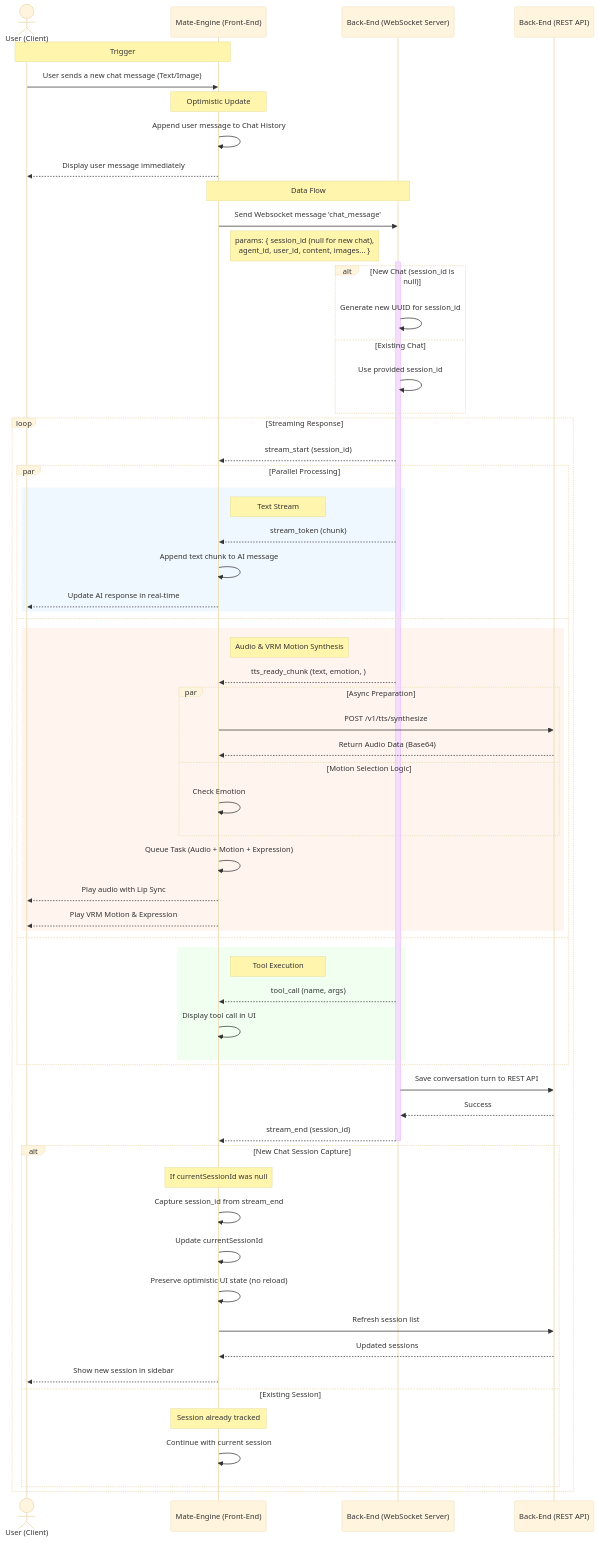
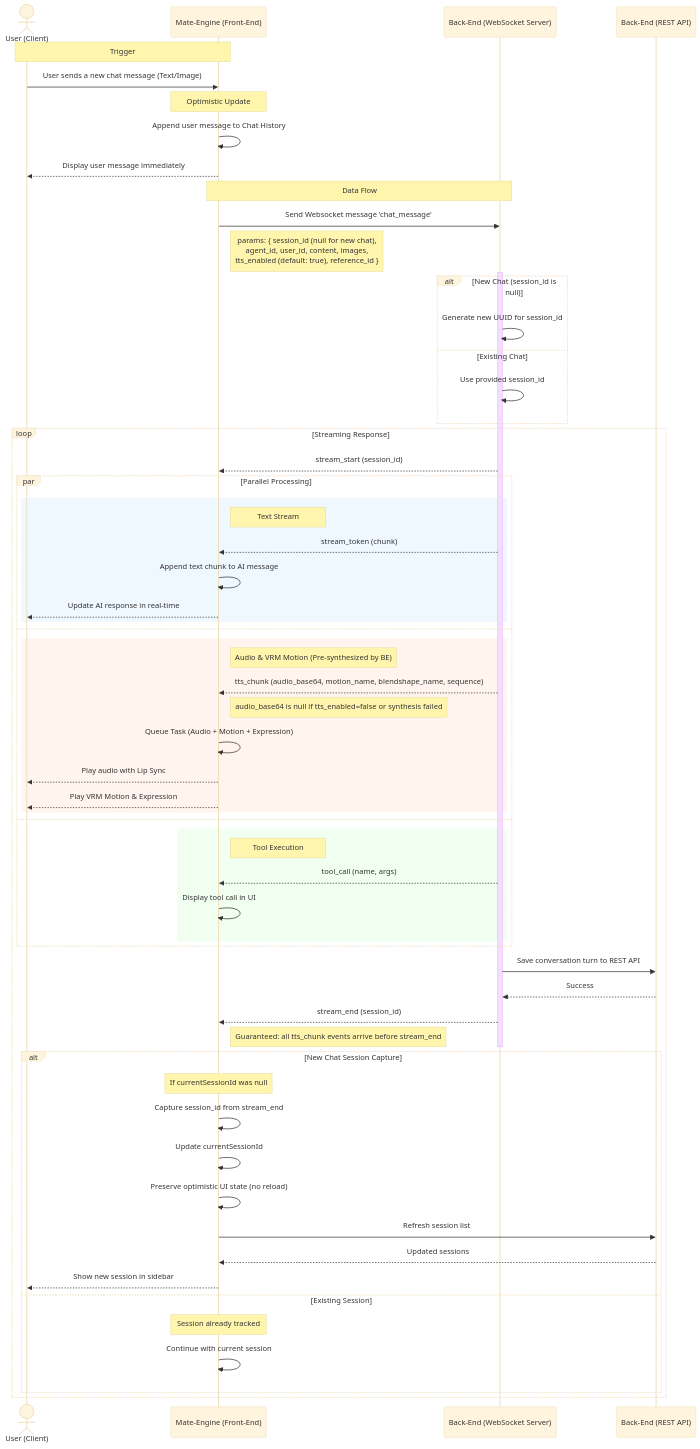
The diagram in docs/data_flow/chat/ADD_CHAT_MESSAGE.md (yw0nam/DesktopMatePlus), drawn with Mermaid (base theme) before and after one commit. The commit also changed other lines of this file, not shown here.

First line of the commit message:
docs: update ADD_CHAT_MESSAGE data flow for TTS refactor

````diff
--- a/docs/data_flow/chat/ADD_CHAT_MESSAGE.md
+++ b/docs/data_flow/chat/ADD_CHAT_MESSAGE.md
@@ -18,79 +20,73 @@
 ```mermaid
 sequenceDiagram
     actor User as User (Client)
     participant FE as Mate-Engine (Front-End)
     participant BE as Back-End (WebSocket Server)
     participant API as Back-End (REST API)
 
     Note over User, FE: Trigger
     User->>FE: User sends a new chat message (Text/Image)
 
     Note over FE: Optimistic Update
     FE->>FE: Append user message to Chat History
     FE-->>User: Display user message immediately
 
     Note over FE, BE: Data Flow
     FE->>BE: Send Websocket message 'chat_message'
-    Note right of FE: params: { session_id (null for new chat),<br/>agent_id, user_id, content, images... }
+    Note right of FE: params: { session_id (null for new chat),<br/>agent_id, user_id, content, images,<br/>tts_enabled (default: true), reference_id }
 
     activate BE
 
     alt New Chat (session_id is null)
         BE->>BE: Generate new UUID for session_id
     else Existing Chat
         BE->>BE: Use provided session_id
     end
 
     loop Streaming Response
         BE-->>FE: stream_start (session_id)
 
         par Parallel Processing
             rect rgb(240, 248, 255)
                 note right of FE: Text Stream
                 BE-->>FE: stream_token (chunk)
                 FE->>FE: Append text chunk to AI message
                 FE-->>User: Update AI response in real-time
             end
         and
             rect rgb(255, 245, 238)
-                note right of FE: Audio & VRM Motion Synthesis
-                BE-->>FE: tts_ready_chunk (text, emotion, )
-
-                par Async Preparation
-                    FE->>API: POST /v1/tts/synthesize
-                    API-->>FE: Return Audio Data (Base64)
-                and Motion Selection Logic
-                    FE->>FE: Check Emotion
-                end
-
+                note right of FE: Audio & VRM Motion (Pre-synthesized by BE)
+                BE-->>FE: tts_chunk (audio_base64, motion_name, blendshape_name, sequence)
+                Note right of FE: audio_base64 is null if tts_enabled=false or synthesis failed
                 FE->>FE: Queue Task (Audio + Motion + Expression)
                 FE-->>User: Play audio with Lip Sync
                 FE-->>User: Play VRM Motion & Expression
             end
         and
             rect rgb(240, 255, 240)
                 note right of FE: Tool Execution
                 BE-->>FE: tool_call (name, args)
                 FE->>FE: Display tool call in UI
             end
         end
 
         BE->>API: Save conversation turn to REST API
         API-->>BE: Success
         BE-->>FE: stream_end (session_id)
+        Note right of FE: Guaranteed: all tts_chunk events arrive before stream_end
         deactivate BE
 
         alt New Chat Session Capture
             Note over FE: If currentSessionId was null
             FE->>FE: Capture session_id from stream_end
             FE->>FE: Update currentSessionId
             FE->>FE: Preserve optimistic UI state (no reload)
             FE->>API: Refresh session list
             API-->>FE: Updated sessions
             FE-->>User: Show new session in sidebar
         else Existing Session
             Note over FE: Session already tracked
             FE->>FE: Continue with current session
         end
     end
 ```
````
